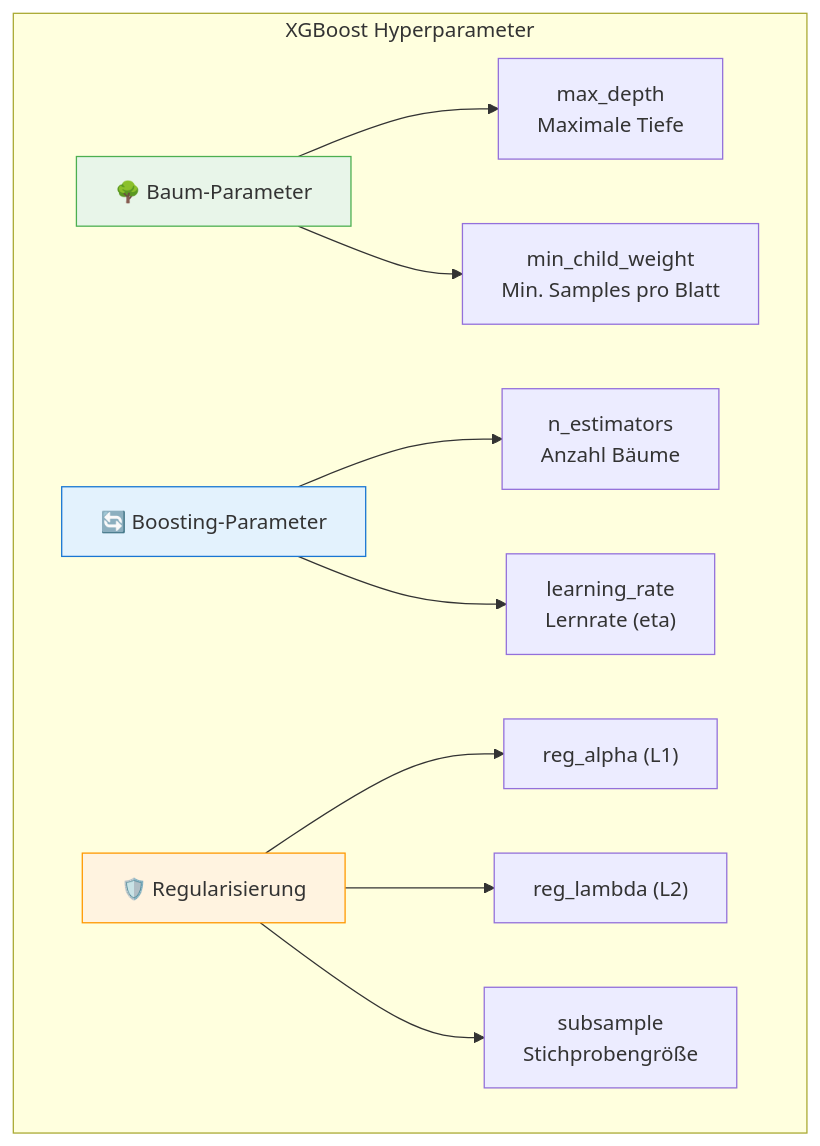
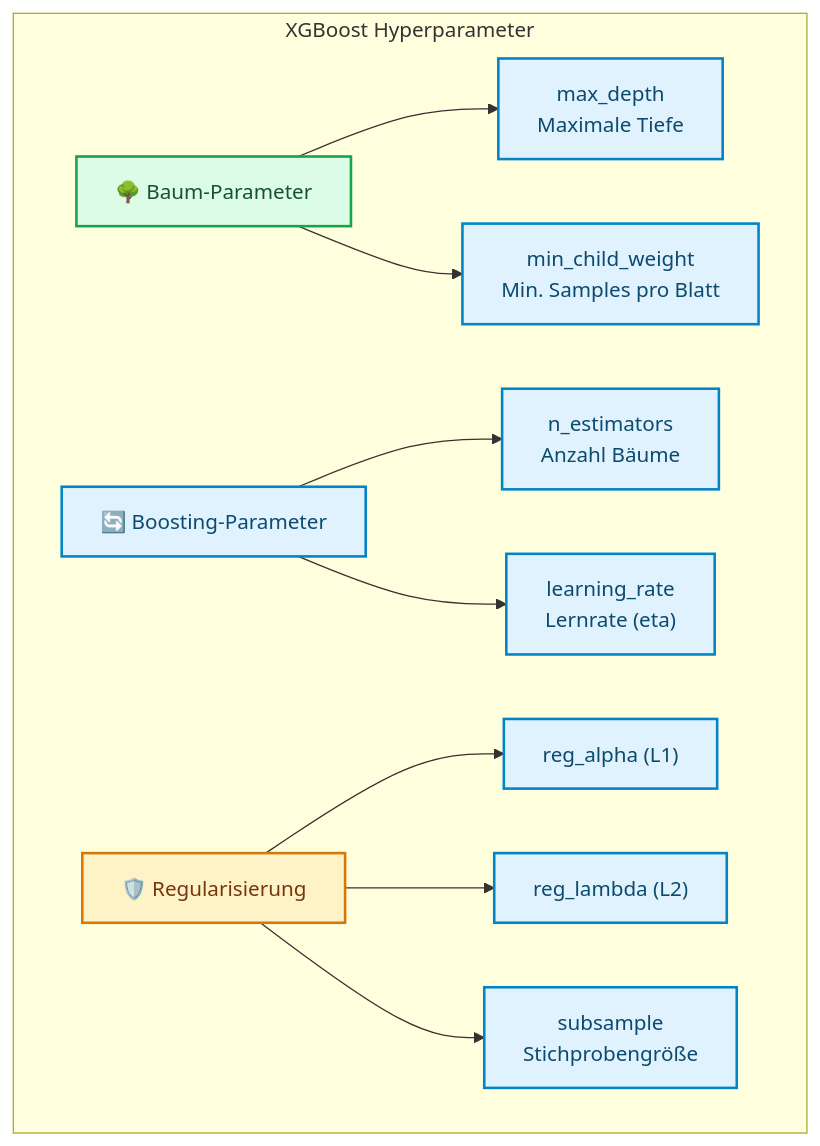
One commit to ralf-42/ML_Intro changed the fifth of 5 diagrams in docs/concepts/modeling/xgboost.md. Above: the diagram before and after it, drawn with Mermaid. The commit also changed other lines of this file and 67 other files, not shown here.

````diff
--- a/docs/concepts/modeling/xgboost.md
+++ b/docs/concepts/modeling/xgboost.md
@@ -183,21 +189,23 @@
 ```mermaid
 flowchart TD
     subgraph HP["XGBoost Hyperparameter"]
         TREE["🌳 Baum-Parameter"]
         TREE --> T1["max_depth<br>Maximale Tiefe"]
         TREE --> T2["min_child_weight<br>Min. Samples pro Blatt"]
         
         BOOST["🔄 Boosting-Parameter"]
         BOOST --> B1["n_estimators<br>Anzahl Bäume"]
         BOOST --> B2["learning_rate<br>Lernrate (eta)"]
         
         REG["🛡️ Regularisierung"]
         REG --> R1["reg_alpha (L1)"]
         REG --> R2["reg_lambda (L2)"]
         REG --> R3["subsample<br>Stichprobengröße"]
     end
-    
-    style TREE fill:#e8f5e9,stroke:#4caf50
-    style BOOST fill:#e3f2fd,stroke:#1976d2
-    style REG fill:#fff3e0,stroke:#ff9800
+
+    classDef default fill:#e0f2fe,stroke:#0284c7,stroke-width:2px,color:#0c4a6e;
+    classDef metric fill:#fef3c7,stroke:#d97706,stroke-width:2px,color:#78350f;
+    classDef output fill:#dcfce7,stroke:#16a34a,stroke-width:2px,color:#14532d;
+    class REG metric;
+    class TREE output;
 ```
````
